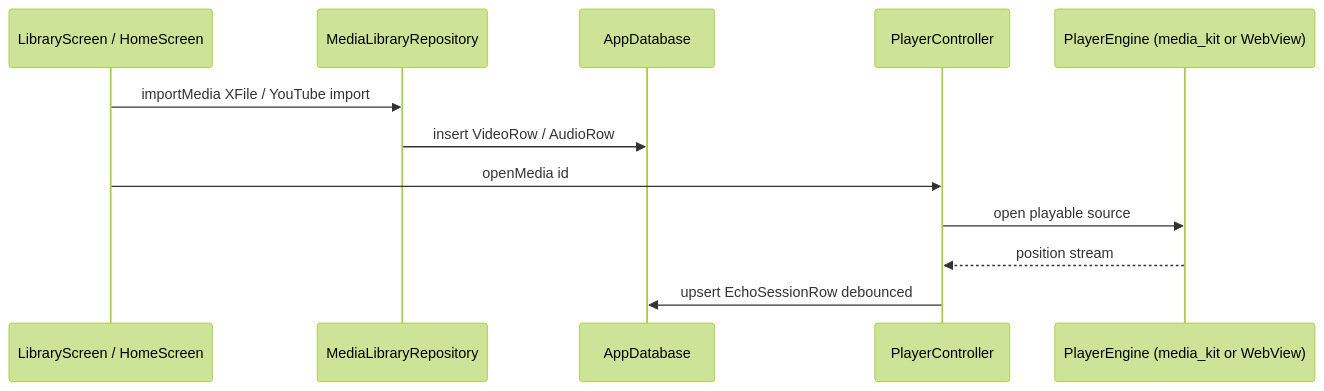
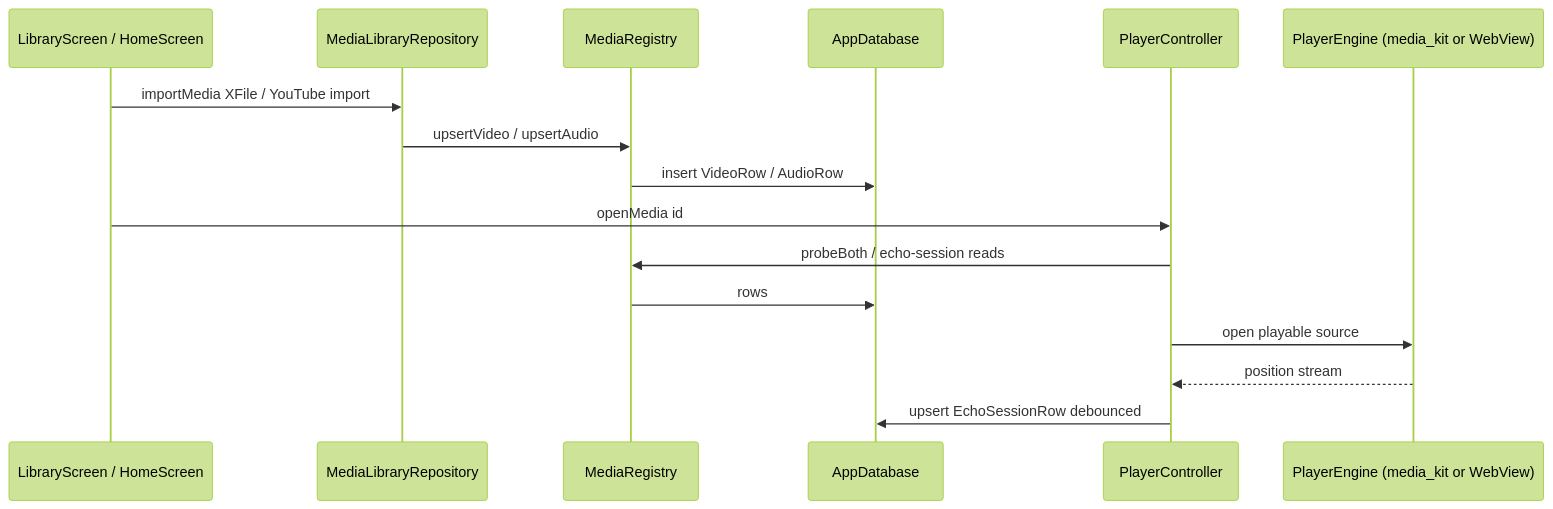
The second of 2 diagrams in docs/architecture.md (baizhiheizi/enjoy_player), drawn with Mermaid (forest theme) before and after one commit. The commit also changed 3 other files, not shown here.

````diff
--- a/docs/architecture.md
+++ b/docs/architecture.md
@@ -26,15 +26,19 @@
 ```mermaid
 sequenceDiagram
   participant Lib as LibraryScreen / HomeScreen
   participant Repo as MediaLibraryRepository
+  participant Reg as MediaRegistry
   participant DB as AppDatabase
   participant PC as PlayerController
   participant PE as PlayerEngine (media_kit or WebView)
 
   Lib->>Repo: importMedia XFile / YouTube import
-  Repo->>DB: insert VideoRow / AudioRow
+  Repo->>Reg: upsertVideo / upsertAudio
+  Reg->>DB: insert VideoRow / AudioRow
   Lib->>PC: openMedia id
+  PC->>Reg: probeBoth / echo-session reads
+  Reg->>DB: rows
   PC->>PE: open playable source
   PE-->>PC: position stream
   PC->>DB: upsert EchoSessionRow debounced
 ```
````
